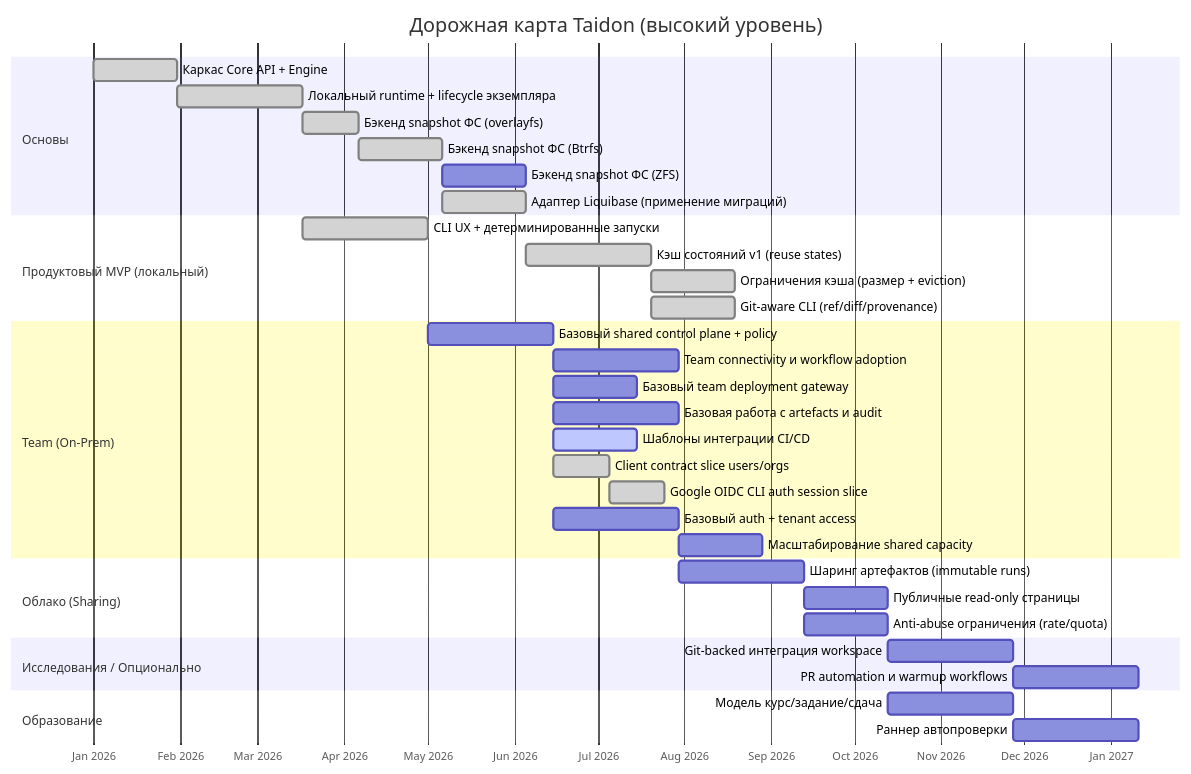
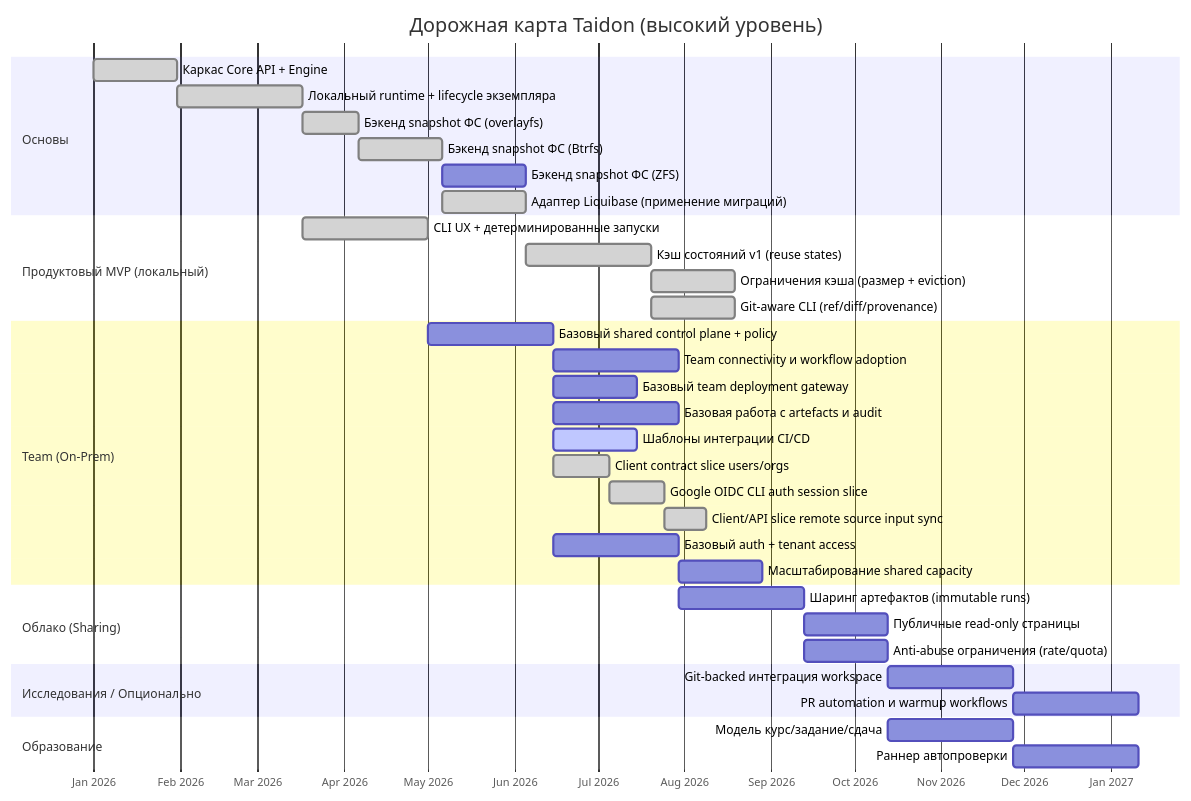
One commit to kimak-irmagi/taidon changed the diagram in docs/roadmap.RU.md. Above: the diagram before and after it, drawn with Mermaid. The commit also changed other lines of this file and 23 other files, not shown here.

````diff
--- a/docs/roadmap.RU.md
+++ b/docs/roadmap.RU.md
@@ -28,44 +28,45 @@
 ```mermaid
 gantt
     title Дорожная карта Taidon (высокий уровень)
     dateFormat  YYYY-MM-DD
     axisFormat  %b %Y
 
     section Основы
     Каркас Core API + Engine                  :done, a1, 2026-01-01, 30d
     Локальный runtime + lifecycle экземпляра   :done, a2, after a1, 45d
     Бэкенд snapshot ФС (overlayfs)            :done, a2fs, after a2, 20d
     Бэкенд snapshot ФС (Btrfs)                :done, a2b, after a2fs, 30d
     Бэкенд snapshot ФС (ZFS)                  :a2z, after a2b, 30d
     Адаптер Liquibase (применение миграций)   :done, a3, after a2b, 30d
 
     section Продуктовый MVP (локальный)
     CLI UX + детерминированные запуски        :done, b2, after a2, 45d
     Кэш состояний v1 (reuse states)           :done, b3, after a3, 45d
     Ограничения кэша (размер + eviction)      :done, b3g, after b3, 30d
     Git-aware CLI (ref/diff/provenance)       :done, b4, after b3, 30d
 
     section Team (On-Prem)
     Базовый shared control plane + policy      :c1, after b2, 45d
     Team connectivity и workflow adoption      :c0, after c1, 45d
     Базовый team deployment gateway            :c6, after c1, 30d
     Базовая работа с artefacts и audit         :c2, after c1, 45d
     Шаблоны интеграции CI/CD                  :active, c3, after c1, 30d
     Client contract slice users/orgs           :done, c4a, after c1, 20d
     Google OIDC CLI auth session slice         :done, c4b, after c4a, 20d
+    Client/API slice remote source input sync  :done, c4c, after c4b, 15d
     Базовый auth + tenant access               :c4, after c1, 45d
     Масштабирование shared capacity            :c5, after c2, 30d
 
     section Облако (Sharing)
     Шаринг артефактов (immutable runs)        :d1, after c2, 45d
     Публичные read-only страницы              :d2, after d1, 30d
     Anti-abuse ограничения (rate/quota)       :d3, after d1, 30d
 
     section Исследования / Опционально
     Git-backed интеграция workspace            :o1, after d2, 45d
     PR automation и warmup workflows           :o2, after o1, 45d
 
     section Образование
     Модель курс/задание/сдача                 :e1, after d2, 45d
     Раннер автопроверки                       :e2, after e1, 45d
 ```
````
